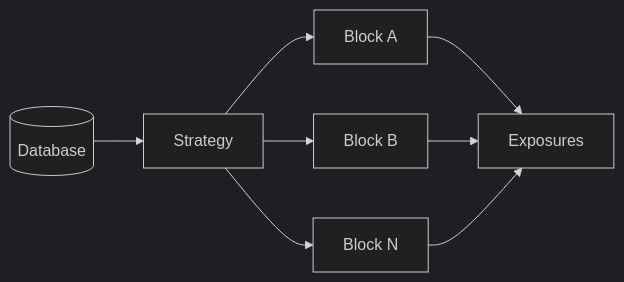
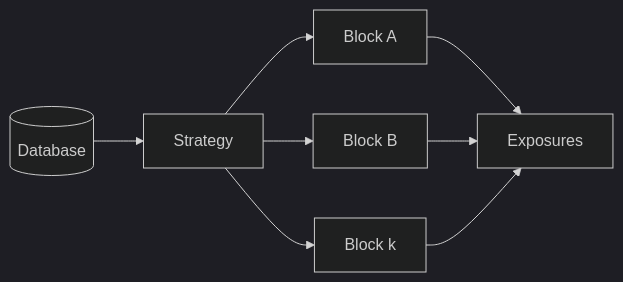
The first of 2 diagrams in docs/getting_started/main_concepts.md (ActurialCapital/opendesk), drawn with Mermaid (dark theme) before and after one commit. The commit also changed other lines of this file, not shown here.

````diff
--- a/docs/getting_started/main_concepts.md
+++ b/docs/getting_started/main_concepts.md
@@ -60,8 +60,8 @@
 ``` mermaid
 graph LR
   id1[(Database)] --> B[Strategy];
-  B --> C[Block A] & D[Block B] & E[Block N];
+  B --> C[Block A] & D[Block B] & E[Block k];
   C --> I[Exposures];
   D --> I;
   E --> I;
 ```
````
